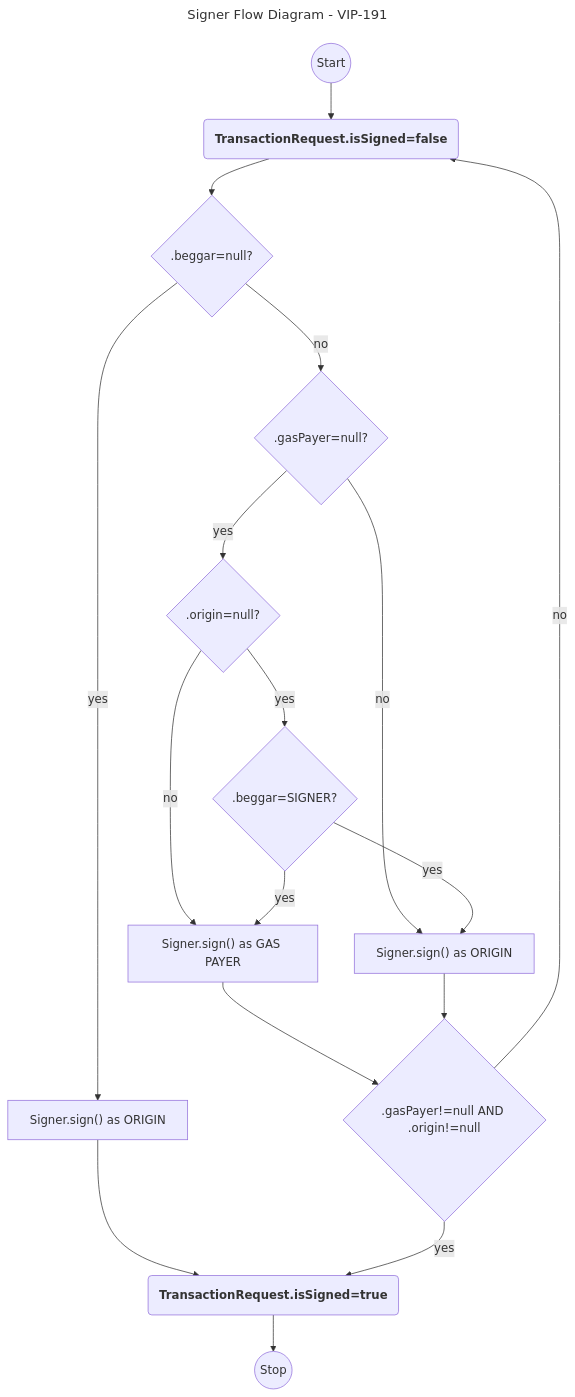
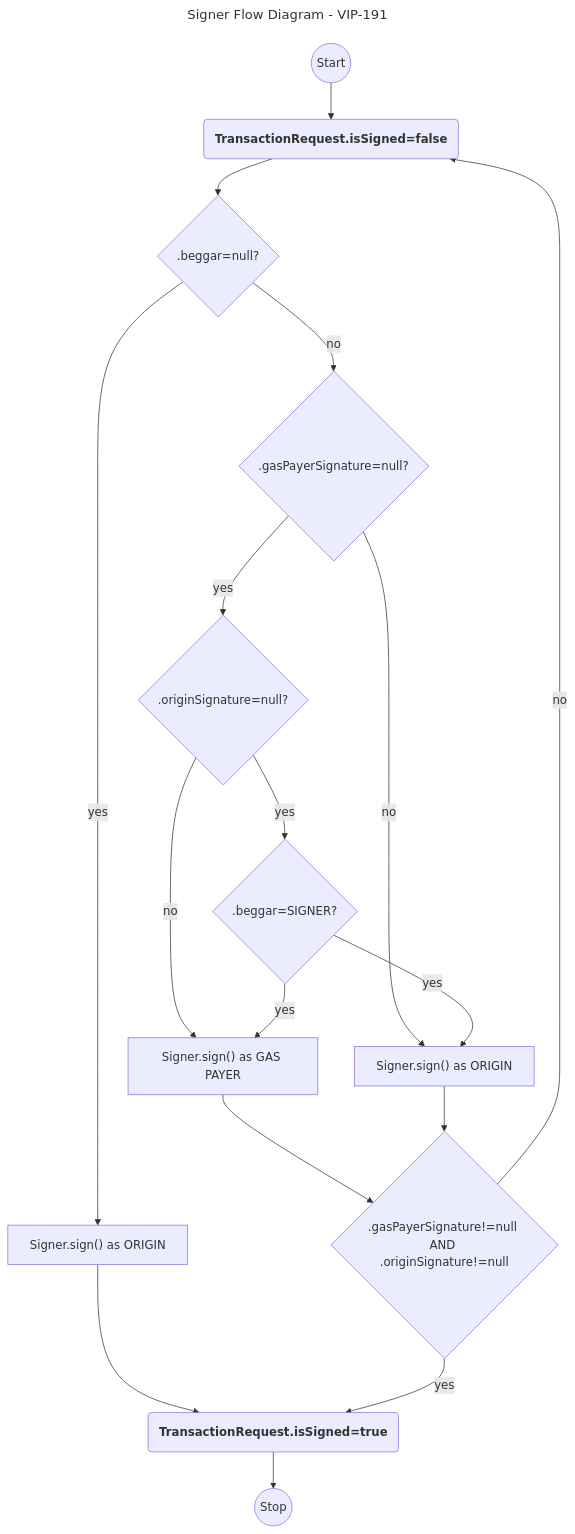
Before and after one commit to vechain/vechain-sdk-js: the diagram in docs/thorest/thor/signer/signer_flow.mmd, drawn with Mermaid.

Commit message:
feat: 2476 walletClient and tests

```diff
--- a/docs/thorest/thor/signer/signer_flow.mmd
+++ b/docs/thorest/thor/signer/signer_flow.mmd
@@ -1,32 +1,32 @@
 ---
 title: Signer Flow Diagram - VIP-191
 ---
 flowchart TB
     START(("Start"))
     TXR("`**TransactionRequest.isSigned=false**`")
     TXR_B{.beggar=null?}
     OS_TXR["Signer.sign() as ORIGIN"]
     TXR_BS{.beggar=SIGNER?}
     OS_TXR_BST["Signer.sign() as ORIGIN"]
     GS_TXR_BSF["Signer.sign() as GAS PAYER"]
-    TXR_G{.gasPayer=null?}
-    TXR_O{.origin=null?}
-    TXR_S{".gasPayer!=null AND .origin!=null"}
+    TXR_G{.gasPayerSignature=null?}
+    TXR_O{.originSignature=null?}
+    TXR_S{".gasPayerSignature!=null AND .originSignature!=null"}
     STXR("`**TransactionRequest.isSigned=true**`")
     STOP(("Stop"))
     START --> TXR
     TXR --> TXR_B
     TXR_B -- yes--> OS_TXR
     OS_TXR --> STXR
     TXR_B -- no --> TXR_G
     TXR_G -- yes --> TXR_O
     TXR_G -- no --> OS_TXR_BST
     TXR_O -- yes --> TXR_BS
     TXR_O -- no --> GS_TXR_BSF
     TXR_BS -- yes --> OS_TXR_BST
     TXR_BS -- "yes" --> GS_TXR_BSF
     GS_TXR_BSF --> TXR_S
     OS_TXR_BST --> TXR_S
     TXR_S -- no --> TXR
     TXR_S -- yes --> STXR
     STXR --> STOP
```
